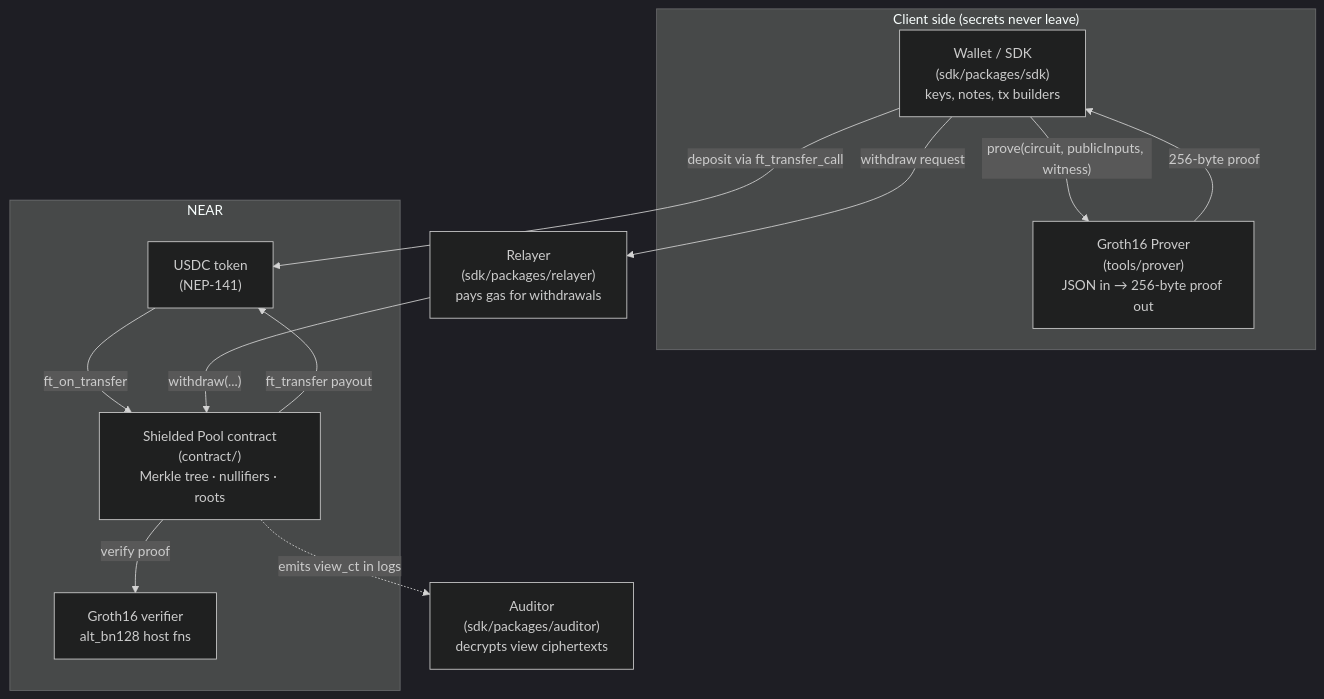
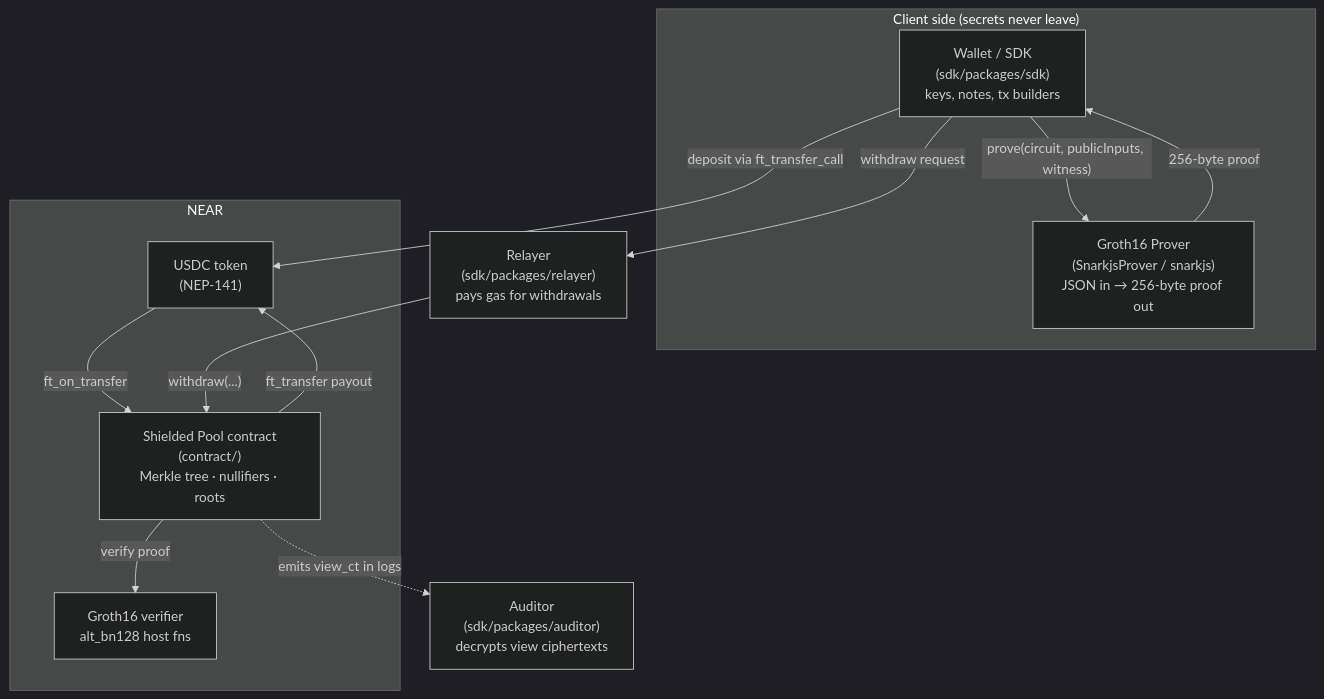
The first of 4 diagrams in docs/ARCHITECTURE.md (coburncoburn/near-shield), drawn with Mermaid (dark theme) before and after one commit. The commit also changed other lines of this file and 27 other files, not shown here.

````diff
--- a/docs/ARCHITECTURE.md
+++ b/docs/ARCHITECTURE.md
@@ -19,26 +22,26 @@
 ```mermaid
 flowchart TB
     subgraph client["Client side (secrets never leave)"]
         Wallet["Wallet / SDK<br/>(sdk/packages/sdk)<br/>keys, notes, tx builders"]
-        Prover["Groth16 Prover<br/>(tools/prover)<br/>JSON in → 256-byte proof out"]
+        Prover["Groth16 Prover<br/>(SnarkjsProver / snarkjs)<br/>JSON in → 256-byte proof out"]
     end
 
     Relayer["Relayer<br/>(sdk/packages/relayer)<br/>pays gas for withdrawals"]
     Auditor["Auditor<br/>(sdk/packages/auditor)<br/>decrypts view ciphertexts"]
 
     subgraph chain["NEAR"]
         USDC["USDC token<br/>(NEP-141)"]
         Pool["Shielded Pool contract<br/>(contract/)<br/>Merkle tree · nullifiers · roots"]
         Verifier["Groth16 verifier<br/>alt_bn128 host fns"]
     end
 
     Wallet -->|"prove(circuit, publicInputs, witness)"| Prover
     Prover -->|256-byte proof| Wallet
     Wallet -->|"deposit via ft_transfer_call"| USDC
     USDC -->|ft_on_transfer| Pool
     Wallet -->|"withdraw request"| Relayer
     Relayer -->|"withdraw(...)"| Pool
     Pool -->|verify proof| Verifier
     Pool -->|"ft_transfer payout"| USDC
     Pool -.->|emits view_ct in logs| Auditor
 ```
````
